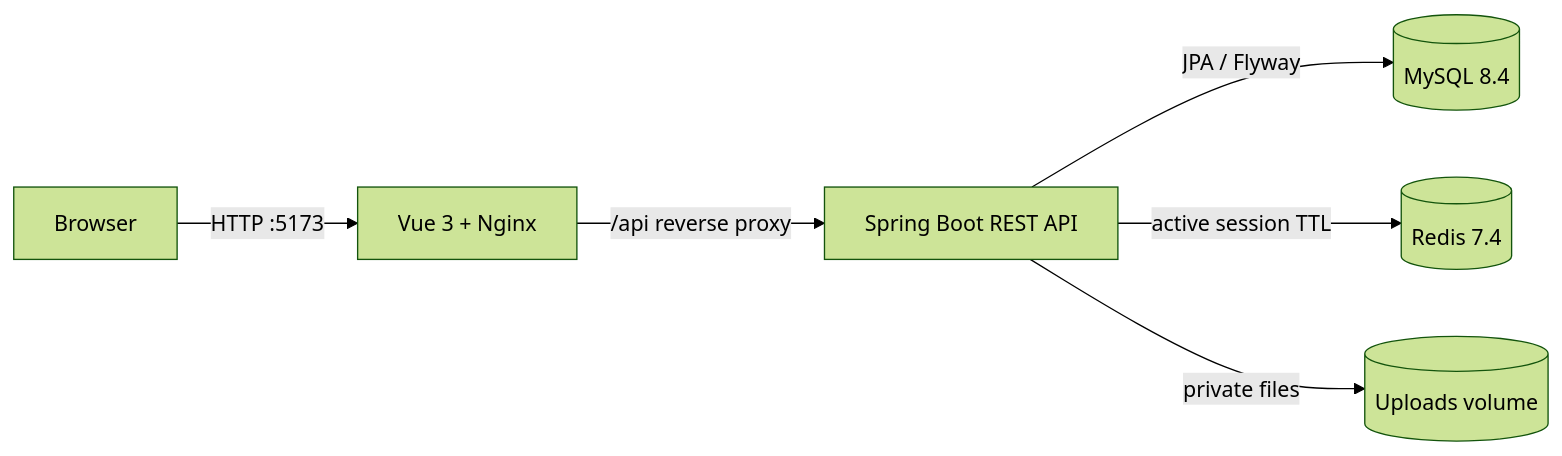
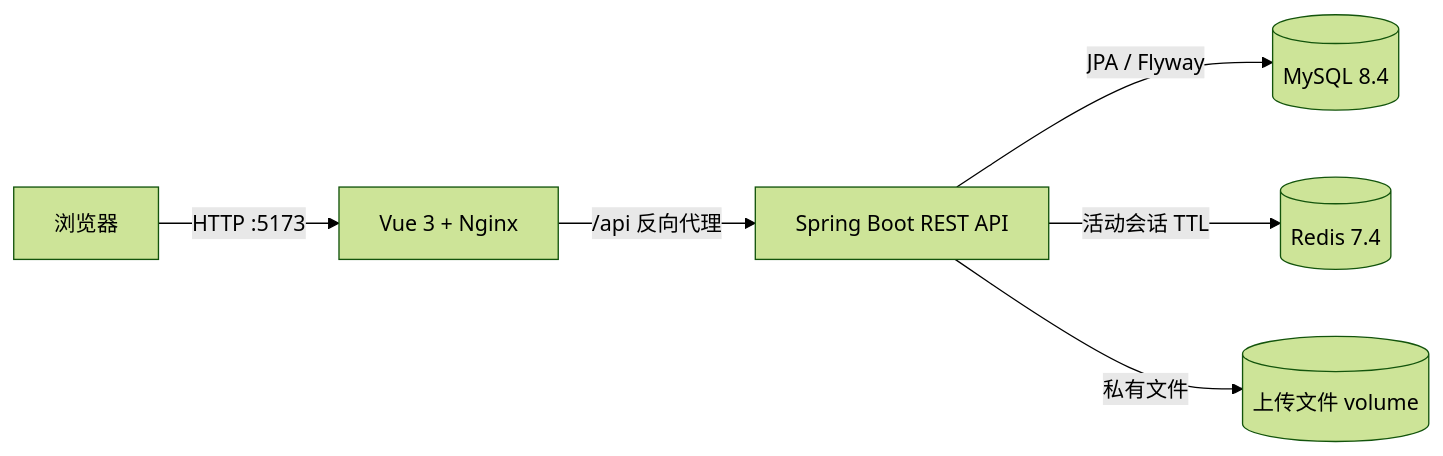
Before and after one commit to YUKANN518/KnowledgeOps: the first of 3 diagrams in README.md, drawn with Mermaid (forest theme). The commit also changed other lines of this file and 31 other files, not shown here.

````diff
--- a/README.md
+++ b/README.md
@@ -67,8 +67,8 @@
 ```mermaid
 flowchart LR
-    B[Browser] -->|HTTP :5173| F[Vue 3 + Nginx]
-    F -->|/api reverse proxy| J[Spring Boot REST API]
+    B[浏览器] -->|HTTP :5173| F[Vue 3 + Nginx]
+    F -->|/api 反向代理| J[Spring Boot REST API]
     J -->|JPA / Flyway| M[(MySQL 8.4)]
-    J -->|active session TTL| R[(Redis 7.4)]
-    J -->|private files| V[(Uploads volume)]
+    J -->|活动会话 TTL| R[(Redis 7.4)]
+    J -->|私有文件| V[(上传文件 volume)]
 ```
````
